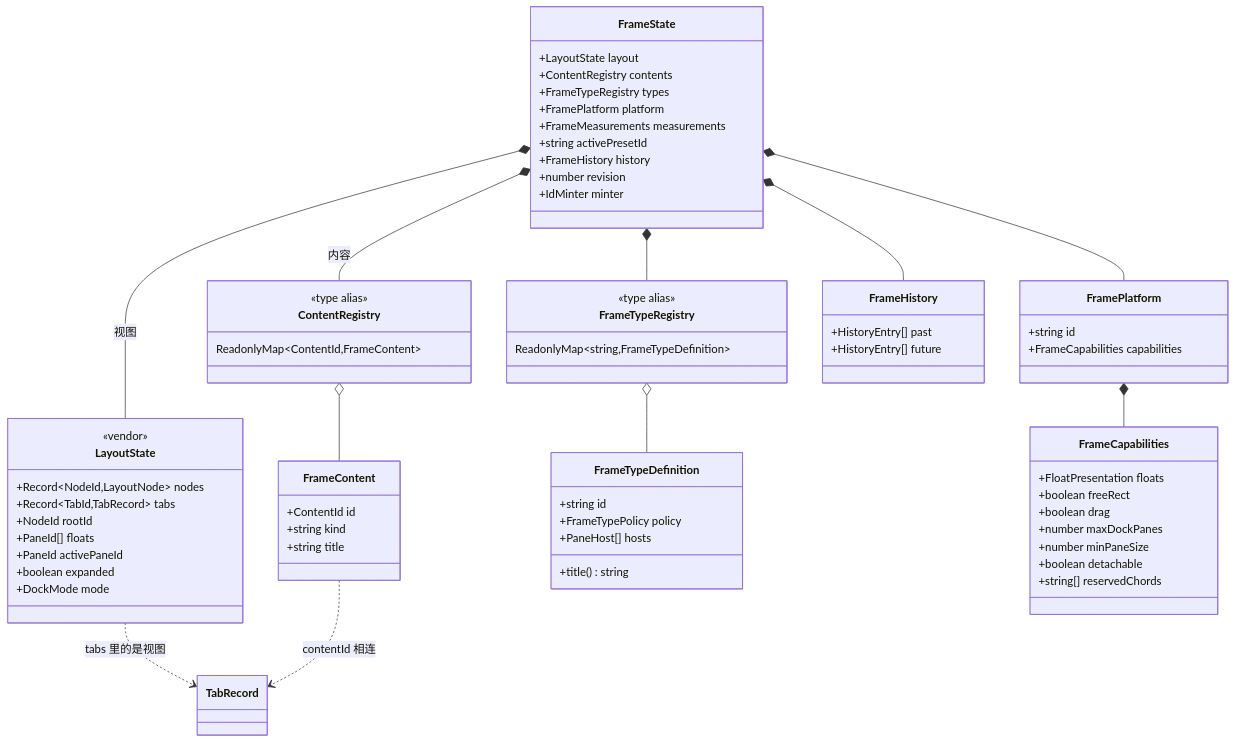
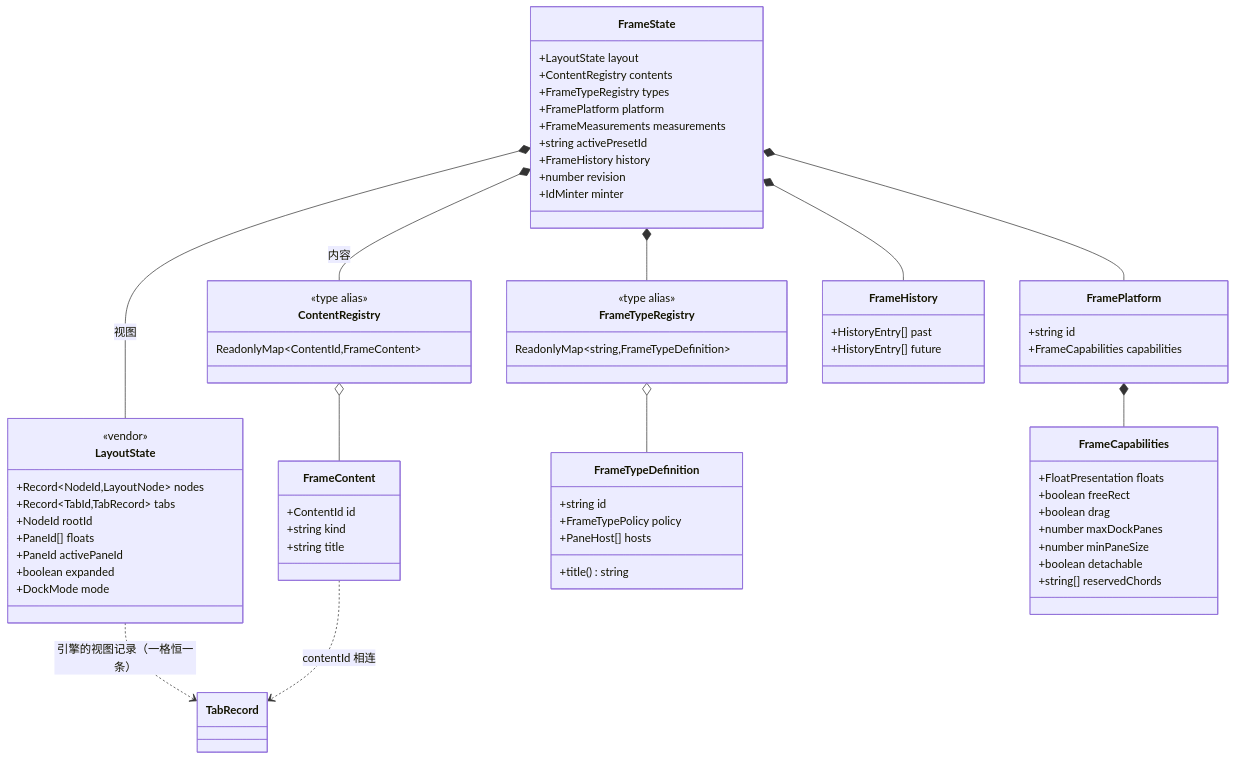
Before and after one commit to AllenSue/dsh-frame-core: the third of 7 diagrams in DESIGN.md, drawn with Mermaid. The commit also changed other lines of this file and 14 other files, not shown here.

````diff
--- a/DESIGN.md
+++ b/DESIGN.md
@@ -111,73 +111,73 @@
 ```mermaid
 classDiagram
     class FrameState {
         +LayoutState layout
         +ContentRegistry contents
         +FrameTypeRegistry types
         +FramePlatform platform
         +FrameMeasurements measurements
         +string activePresetId
         +FrameHistory history
         +number revision
         +IdMinter minter
     }
 
     class LayoutState {
         <<vendor>>
         +Record~NodeId,LayoutNode~ nodes
         +Record~TabId,TabRecord~ tabs
         +NodeId rootId
         +PaneId[] floats
         +PaneId activePaneId
         +boolean expanded
         +DockMode mode
     }
 
     class ContentRegistry {
         <<type alias>>
         ReadonlyMap~ContentId,FrameContent~
     }
     class FrameContent {
         +ContentId id
         +string kind
         +string title
     }
     class FrameTypeRegistry {
         <<type alias>>
         ReadonlyMap~string,FrameTypeDefinition~
     }
     class FrameTypeDefinition {
         +string id
         +title() string
         +FrameTypePolicy policy
         +PaneHost[] hosts
     }
     class FramePlatform {
         +string id
         +FrameCapabilities capabilities
     }
     class FrameCapabilities {
         +FloatPresentation floats
         +boolean freeRect
         +boolean drag
         +number maxDockPanes
         +number minPaneSize
         +boolean detachable
         +string[] reservedChords
     }
     class FrameHistory {
         +HistoryEntry[] past
         +HistoryEntry[] future
     }
 
     FrameState *-- LayoutState : 视图
     FrameState *-- ContentRegistry : 内容
     FrameState *-- FrameTypeRegistry
     FrameState *-- FramePlatform
     FrameState *-- FrameHistory
     ContentRegistry o-- FrameContent
     FrameTypeRegistry o-- FrameTypeDefinition
     FramePlatform *-- FrameCapabilities
-    LayoutState ..> TabRecord : tabs 里的是视图
+    LayoutState ..> TabRecord : 引擎的视图记录（一格恒一条）
     FrameContent ..> TabRecord : contentId 相连
 ```
````
